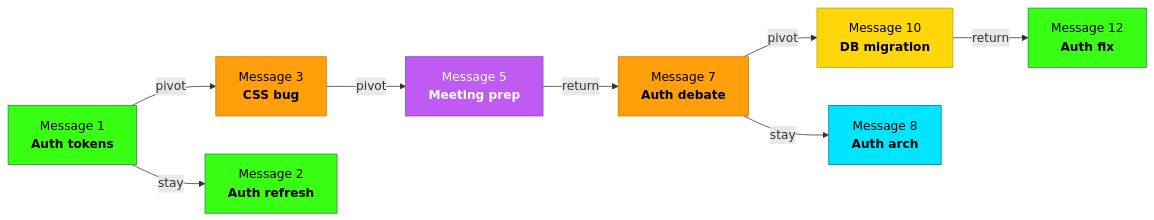
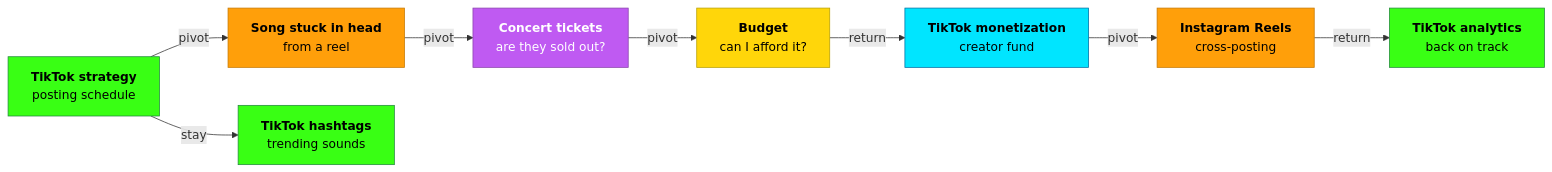
One commit to qinnovates/ADHD-drift-visualizer changed the first of 3 diagrams in README.md. Above: the diagram before and after it, drawn with Mermaid. The commit also changed other lines of this file and 1 other file, not shown here.

Commit message:
Rewrite demo + README for broader audience
- Replace dev-centric demo (auth tokens, CSS bugs) with social media
  conversation (TikTok strategy, concerts, budgeting, cross-posting)
- Rewrite Mermaid topic graph to match social media example
- Remove "The Problem" header, replace with "Why This Exists"
- Remove Development section (internal, not user-facing)
- Update intro copy to use non-technical language

````diff
--- a/README.md
+++ b/README.md
@@ -29,19 +29,19 @@
 ```mermaid
 graph LR
-    A["Message 1<br><b>Auth tokens</b>"] -->|pivot| B["Message 3<br><b>CSS bug</b>"]
-    A -->|stay| A2["Message 2<br><b>Auth refresh</b>"]
-    B -->|pivot| C["Message 5<br><b>Meeting prep</b>"]
-    C -->|return| D["Message 7<br><b>Auth debate</b>"]
-    D -->|pivot| E["Message 10<br><b>DB migration</b>"]
-    D -->|stay| D2["Message 8<br><b>Auth arch</b>"]
-    E -->|return| F["Message 12<br><b>Auth fix</b>"]
+    A["<b>TikTok strategy</b><br>posting schedule"] -->|pivot| B["<b>Song stuck in head</b><br>from a reel"]
+    A -->|stay| A2["<b>TikTok hashtags</b><br>trending sounds"]
+    B -->|pivot| C["<b>Concert tickets</b><br>are they sold out?"]
+    C -->|pivot| D["<b>Budget</b><br>can I afford it?"]
+    D -->|return| E["<b>TikTok monetization</b><br>creator fund"]
+    E -->|pivot| F["<b>Instagram Reels</b><br>cross-posting"]
+    F -->|return| G["<b>TikTok analytics</b><br>back on track"]
 
     style A fill:#39FF14,stroke:#248A3D,color:#000
     style A2 fill:#39FF14,stroke:#248A3D,color:#000
     style B fill:#FF9F0A,stroke:#C77800,color:#000
     style C fill:#BF5AF2,stroke:#8944AB,color:#fff
-    style D fill:#FF9F0A,stroke:#C77800,color:#000
-    style D2 fill:#00E5FF,stroke:#0071A4,color:#000
-    style E fill:#FFD60A,stroke:#B8A000,color:#000
-    style F fill:#39FF14,stroke:#248A3D,color:#000
+    style D fill:#FFD60A,stroke:#B8A000,color:#000
+    style E fill:#00E5FF,stroke:#0071A4,color:#000
+    style F fill:#FF9F0A,stroke:#C77800,color:#000
+    style G fill:#39FF14,stroke:#248A3D,color:#000
 ```
````
